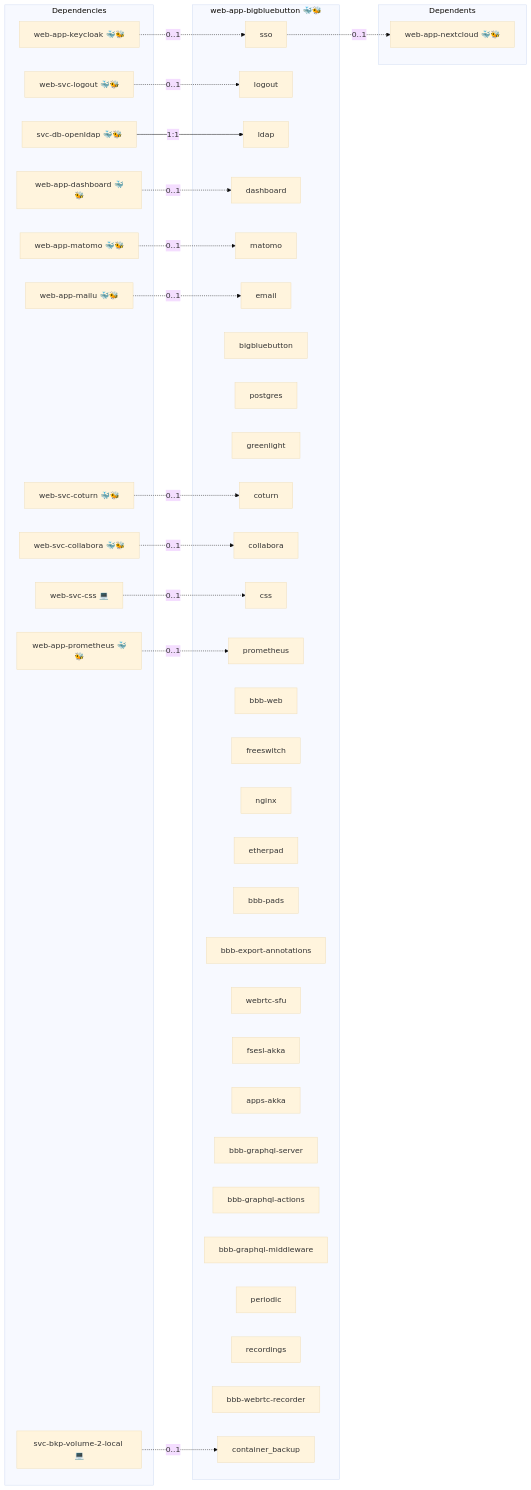
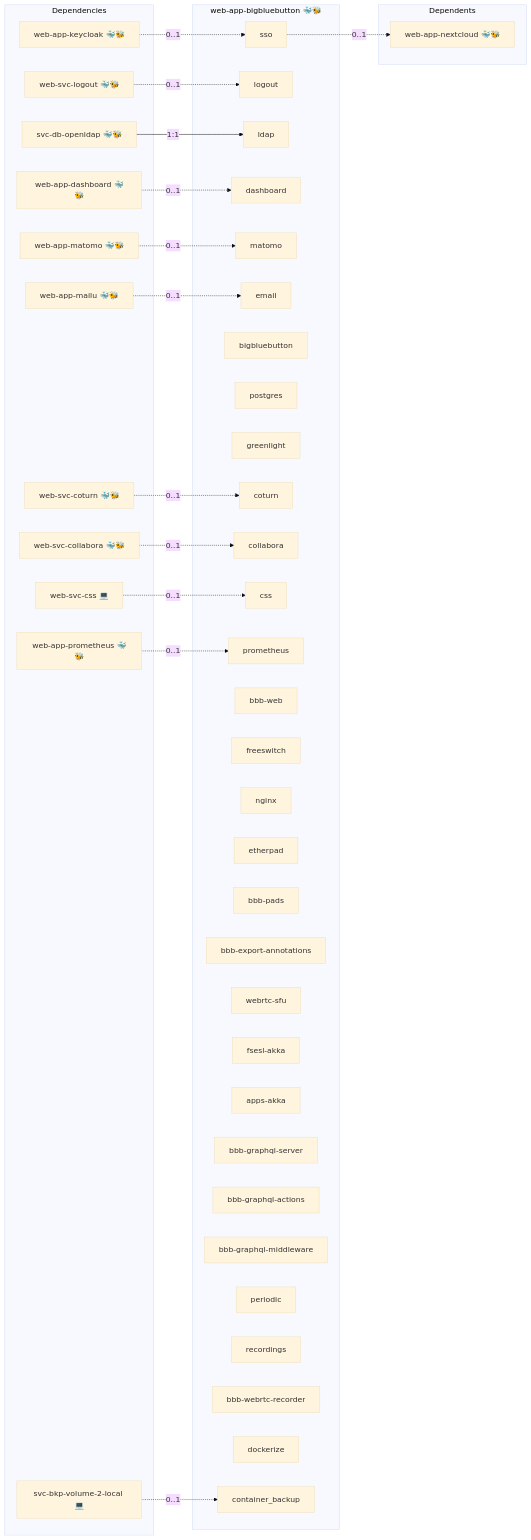
Before and after one commit to AlejandroRomanIbanez/infinito-nexus: the diagram in roles/web-app-bigbluebutton/README.md, drawn with Mermaid (base theme). The commit also changed 1 other file, not shown here.

Commit message:
fix(web-app-bigbluebutton): use container wrapper for dockerize pre-pull
Raw docker pull/tag in the bootstrap tasks fail the no-raw-docker gate;
route both through the engine-agnostic container wrapper, shorten the
84-char tag task name for the emoji/length lint, and add the dockerize
node to the README services graph.

````diff
--- a/roles/web-app-bigbluebutton/README.md
+++ b/roles/web-app-bigbluebutton/README.md
@@ -19,62 +19,63 @@
 ```mermaid
 flowchart LR
     subgraph deps [Dependencies]
         dep_svc_bkp_volume_2_local["svc-bkp-volume-2-local 💻"]
         dep_svc_db_openldap["svc-db-openldap 🐳🐝"]
         dep_web_app_dashboard["web-app-dashboard 🐳🐝"]
         dep_web_app_keycloak["web-app-keycloak 🐳🐝"]
         dep_web_app_mailu["web-app-mailu 🐳🐝"]
         dep_web_app_matomo["web-app-matomo 🐳🐝"]
         dep_web_app_prometheus["web-app-prometheus 🐳🐝"]
         dep_web_svc_collabora["web-svc-collabora 🐳🐝"]
         dep_web_svc_coturn["web-svc-coturn 🐳🐝"]
         dep_web_svc_css["web-svc-css 💻"]
         dep_web_svc_logout["web-svc-logout 🐳🐝"]
     end
     subgraph role [web-app-bigbluebutton 🐳🐝]
         svc_sso["sso"]
         svc_logout["logout"]
         svc_ldap["ldap"]
         svc_dashboard["dashboard"]
         svc_matomo["matomo"]
         svc_email["email"]
         svc_bigbluebutton["bigbluebutton"]
         svc_postgres["postgres"]
         svc_greenlight["greenlight"]
         svc_coturn["coturn"]
         svc_collabora["collabora"]
         svc_css["css"]
         svc_prometheus["prometheus"]
         svc_bbb_web["bbb-web"]
         svc_freeswitch["freeswitch"]
         svc_nginx["nginx"]
         svc_etherpad["etherpad"]
         svc_bbb_pads["bbb-pads"]
         svc_bbb_export_annotations["bbb-export-annotations"]
         svc_webrtc_sfu["webrtc-sfu"]
         svc_fsesl_akka["fsesl-akka"]
         svc_apps_akka["apps-akka"]
         svc_bbb_graphql_server["bbb-graphql-server"]
         svc_bbb_graphql_actions["bbb-graphql-actions"]
         svc_bbb_graphql_middleware["bbb-graphql-middleware"]
         svc_periodic["periodic"]
         svc_recordings["recordings"]
         svc_bbb_webrtc_recorder["bbb-webrtc-recorder"]
+        svc_dockerize["dockerize"]
         svc_container_backup["container_backup"]
     end
     subgraph dependents [Dependents]
         dpt_web_app_nextcloud["web-app-nextcloud 🐳🐝"]
     end
     dep_svc_bkp_volume_2_local -. "0..1" .-> svc_container_backup
     dep_svc_db_openldap -- "1:1" --> svc_ldap
     dep_web_app_dashboard -. "0..1" .-> svc_dashboard
     dep_web_app_keycloak -. "0..1" .-> svc_sso
     dep_web_app_mailu -. "0..1" .-> svc_email
     dep_web_app_matomo -. "0..1" .-> svc_matomo
     dep_web_app_prometheus -. "0..1" .-> svc_prometheus
     dep_web_svc_collabora -. "0..1" .-> svc_collabora
     dep_web_svc_coturn -. "0..1" .-> svc_coturn
     dep_web_svc_css -. "0..1" .-> svc_css
     dep_web_svc_logout -. "0..1" .-> svc_logout
     svc_sso -. "0..1" .-> dpt_web_app_nextcloud
 ```
````
